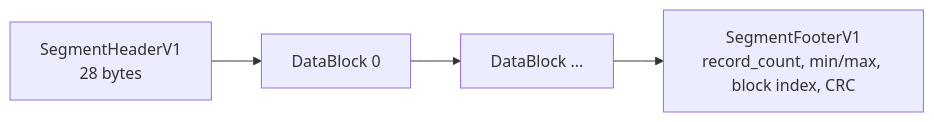
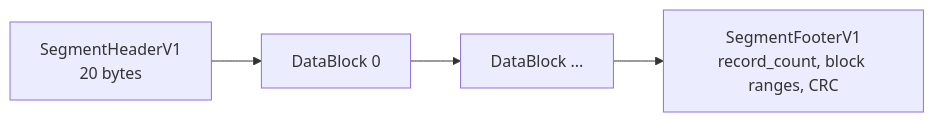
Before and after one commit to wangl-cc/evo-ssa-tools: the third of 7 diagrams in crates/segment-cache-store/docs/design.md, drawn with Mermaid. The commit also changed other lines of this file and 58 other files, not shown here.

````diff
--- a/crates/segment-cache-store/docs/design.md
+++ b/crates/segment-cache-store/docs/design.md
@@ -270,6 +275,6 @@
 ```mermaid
 flowchart LR
-  Header["SegmentHeaderV1<br/>28 bytes"] --> Block0["DataBlock 0"]
+  Header["SegmentHeaderV1<br/>20 bytes"] --> Block0["DataBlock 0"]
   Block0 --> BlockN["DataBlock ..."]
-  BlockN --> Footer["SegmentFooterV1<br/>record_count, min/max, block index, CRC"]
+  BlockN --> Footer["SegmentFooterV1<br/>record_count, block ranges, CRC"]
 ```
````
